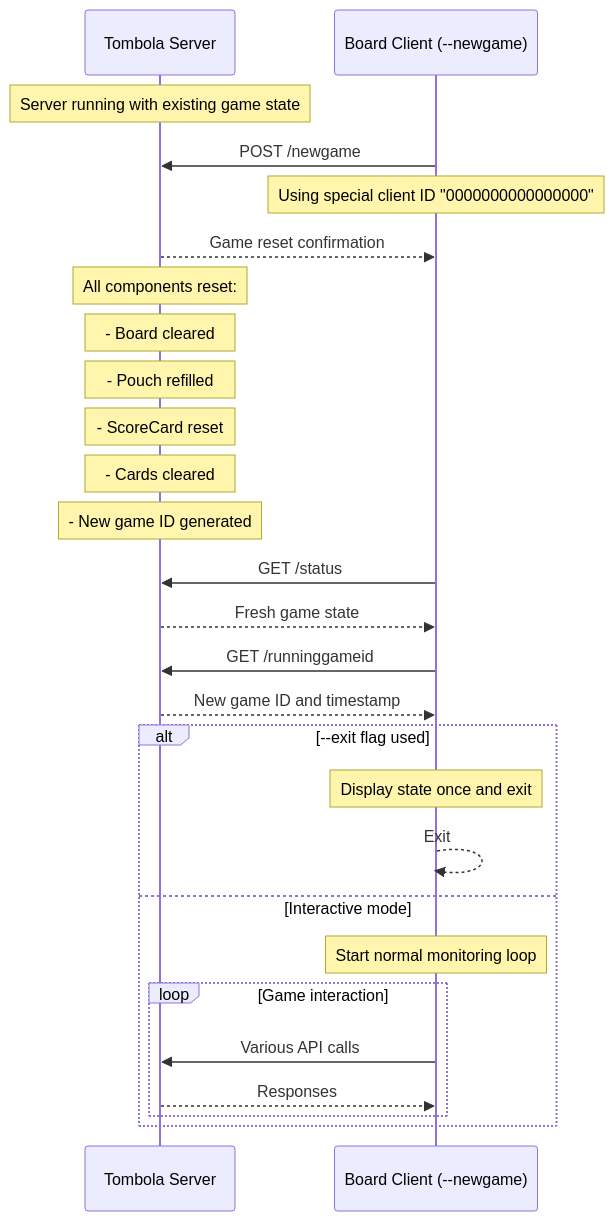
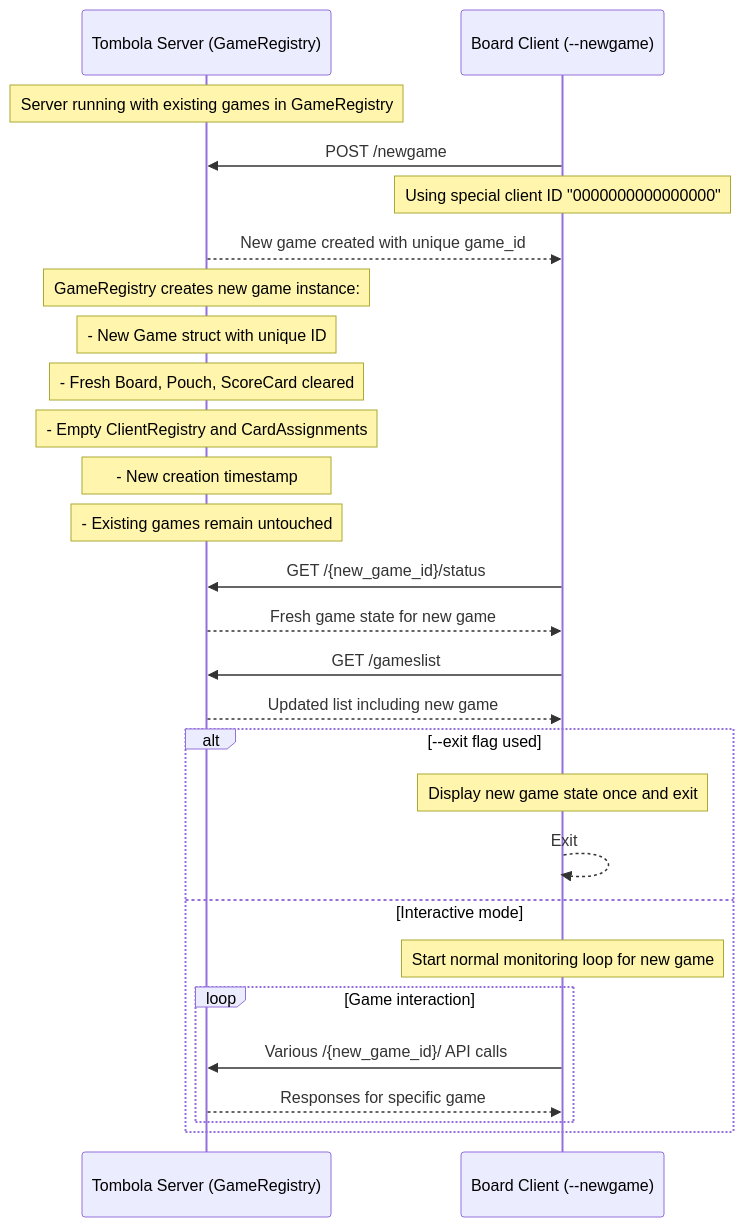
One commit to badbat75/tombola changed the eighth of 11 diagrams in docs/FLOWS.md. Above: the diagram before and after it, drawn with Mermaid. The commit also changed other lines of this file and 13 other files, not shown here.

First line of the commit message:
Implement multi-game architecture with GameRegistry system

````diff
--- a/docs/FLOWS.md
+++ b/docs/FLOWS.md
@@ -126,35 +250,35 @@
 ```mermaid
 sequenceDiagram
-    participant S as Tombola Server
+    participant S as Tombola Server (GameRegistry)
     participant BC as Board Client (--newgame)
 
-    Note over S: Server running with existing game state
+    Note over S: Server running with existing games in GameRegistry
 
     BC->>S: POST /newgame
     Note over BC: Using special client ID "0000000000000000"
-    S-->>BC: Game reset confirmation
+    S-->>BC: New game created with unique game_id
 
-    Note over S: All components reset:
-    Note over S: - Board cleared
-    Note over S: - Pouch refilled
-    Note over S: - ScoreCard reset
-    Note over S: - Cards cleared
-    Note over S: - New game ID generated
+    Note over S: GameRegistry creates new game instance:
+    Note over S: - New Game struct with unique ID
+    Note over S: - Fresh Board, Pouch, ScoreCard cleared
+    Note over S: - Empty ClientRegistry and CardAssignments
+    Note over S: - New creation timestamp
+    Note over S: - Existing games remain untouched
 
-    BC->>S: GET /status
-    S-->>BC: Fresh game state
+    BC->>S: GET /{new_game_id}/status
+    S-->>BC: Fresh game state for new game
 
-    BC->>S: GET /runninggameid
-    S-->>BC: New game ID and timestamp
+    BC->>S: GET /gameslist
+    S-->>BC: Updated list including new game
 
     alt --exit flag used
-        Note over BC: Display state once and exit
+        Note over BC: Display new game state once and exit
         BC-->>BC: Exit
     else Interactive mode
-        Note over BC: Start normal monitoring loop
+        Note over BC: Start normal monitoring loop for new game
         loop Game interaction
-            BC->>S: Various API calls
-            S-->>BC: Responses
+            BC->>S: Various /{new_game_id}/ API calls
+            S-->>BC: Responses for specific game
         end
     end
 ```
````
